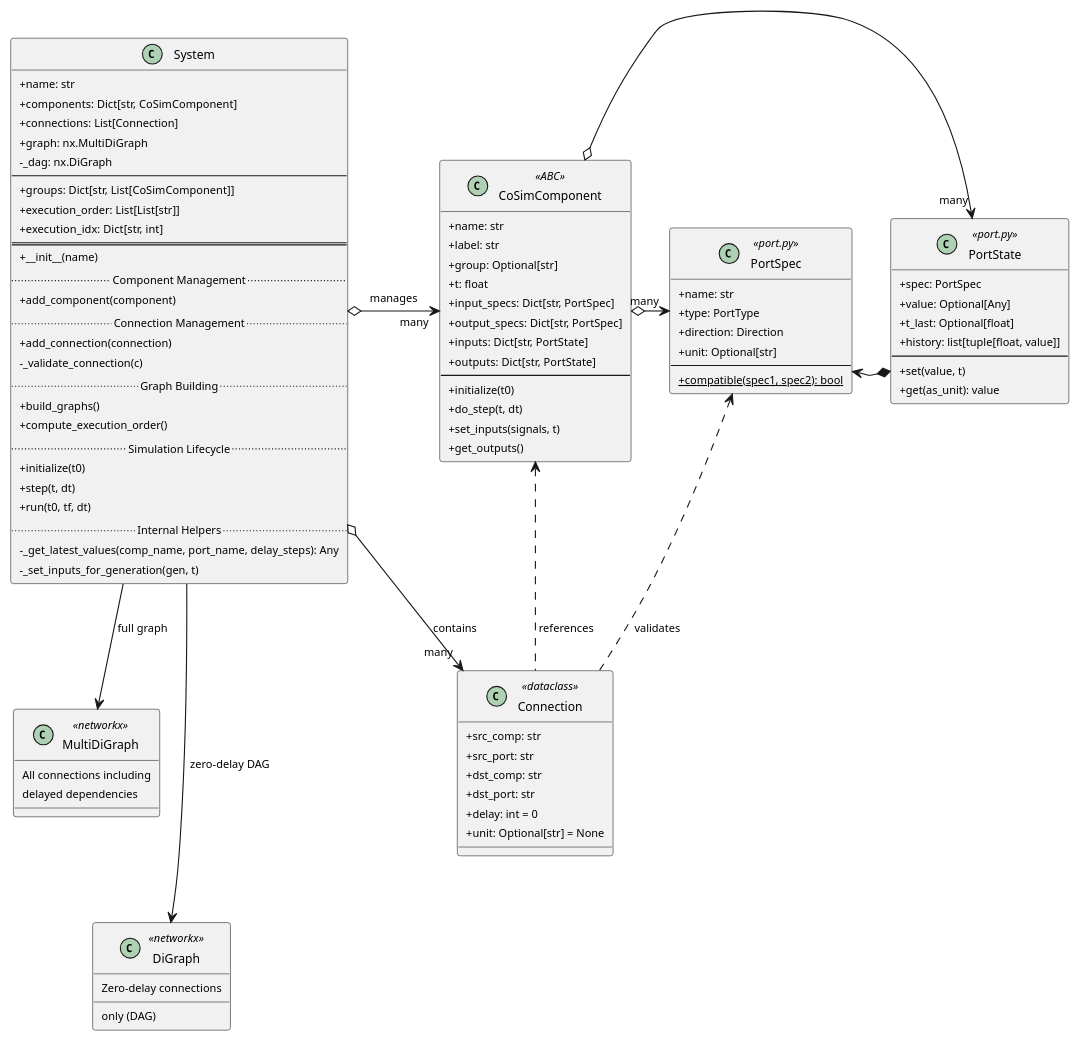
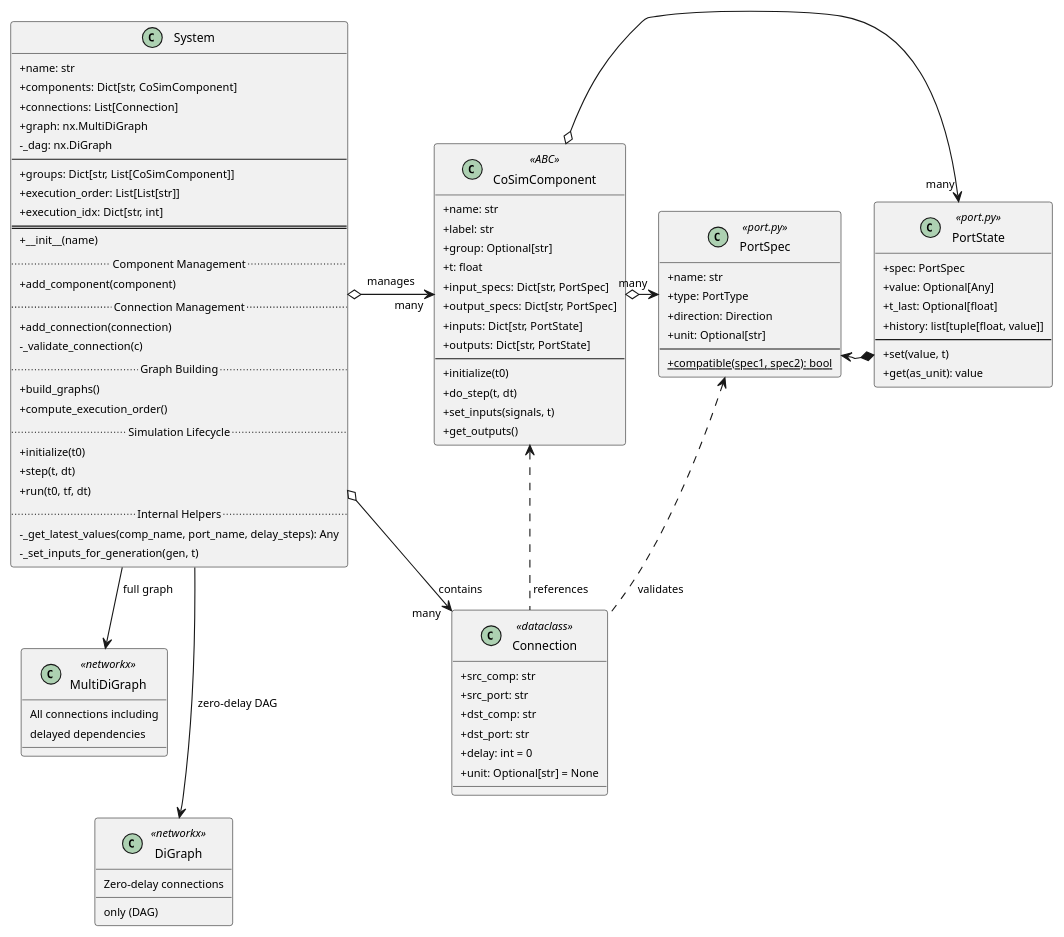
One commit to FlorianFrech/SystemSimulation changed the diagram in docs/diagrams/src/class/system/system.puml. Above: the diagram before and after it, drawn with PlantUML. The commit also changed 29 other files, not shown here.

Commit message:
Update Diagrams and Pendulum State Synchronization

```diff
--- a/docs/diagrams/src/class/system/system.puml
+++ b/docs/diagrams/src/class/system/system.puml
@@ -1,188 +1,200 @@
 @startuml System
+
+' ============================================================================
+' STYLING
+' ============================================================================
 
 skinparam classAttributeIconSize 0
 skinparam padding 2
 skinparam defaultFontSize 10
 skinparam classFontSize 11
+skinparam nodesep 30
+skinparam ranksep 20
+
+' Color scheme - clean white background
+skinparam backgroundColor white
+
+' Remove yellow/red default colors
+skinparam shadowing false
 
 ' ============================================================================
 ' SYSTEM CLASS
 ' ============================================================================
 
 class System {
     + name: str
     + components: Dict[str, CoSimComponent]
     + connections: List[Connection]
     + graph: nx.MultiDiGraph
     - _dag: nx.DiGraph
     --
     + groups: Dict[str, List[CoSimComponent]]
     + execution_order: List[List[str]]
     + execution_idx: Dict[str, int]
     ==
     + __init__(name)
     .. Component Management ..
     + add_component(component)
     .. Connection Management ..
     + add_connection(connection)
     - _validate_connection(c)
     .. Graph Building ..
     + build_graphs()
     + compute_execution_order()
     .. Simulation Lifecycle ..
     + initialize(t0)
     + step(t, dt)
     + run(t0, tf, dt)
     .. Internal Helpers ..
     - _get_latest_values(comp_name, port_name, delay_steps): Any
     - _set_inputs_for_generation(gen, t)
 }
 
 class Connection <<dataclass>> {
     + src_comp: str
     + src_port: str
     + dst_comp: str
     + dst_port: str
     + delay: int = 0
     + unit: Optional[str] = None
 }
 
 class CoSimComponent <<ABC>> {
     + name: str
     + label: str
     + group: Optional[str]
     + t: float
     + input_specs: Dict[str, PortSpec]
     + output_specs: Dict[str, PortSpec]
     + inputs: Dict[str, PortState]
     + outputs: Dict[str, PortState]
     --
     + initialize(t0)
     + do_step(t, dt)
     + set_inputs(signals, t)
     + get_outputs()
 }
 
 class PortSpec <<port.py>> {
     + name: str
     + type: PortType
     + direction: Direction
     + unit: Optional[str]
     --
     + {static} compatible(spec1, spec2): bool
 }
 
 class PortState <<port.py>> {
     + spec: PortSpec
     + value: Optional[Any]
     + t_last: Optional[float]
     + history: list[tuple[float, value]]
     --
     + set(value, t)
     + get(as_unit): value
 }
 
 class MultiDiGraph <<networkx>> {
     All connections including
     delayed dependencies
 }
 
 class DiGraph <<networkx>> {
     Zero-delay connections
     only (DAG)
 }
 
 ' Layout: System on left, related classes to the right
 System o-right-> "many" CoSimComponent : manages
 System o-right-> "many" Connection : contains
 System -down-> MultiDiGraph : full graph
 System -down-> DiGraph : zero-delay DAG
 
 CoSimComponent o-right-> "many" PortSpec
 CoSimComponent o-right-> "many" PortState
 PortState *-right-> PortSpec
 
 Connection .up.> CoSimComponent : references
 Connection .up.> PortSpec : validates
 
 ' Vertical arrangement
 MultiDiGraph -[hidden]down- DiGraph
 PortSpec -[hidden]down- PortState
 
 ' note right of System
 '     **Co-Simulation Orchestrator**
     
 '     Manages system of interconnected
 '     components with:
 '     - Component registry
 '     - Validated connections
 '     - Dependency graphs
 '     - Execution scheduling
     
 '     **Two Graphs:**
 '     - graph: All connections (Multi-DiGraph)
 '     - _dag: Zero-delay only (DiGraph)
 ' end note
 
 ' note bottom of System
 '     **Execution Algorithm:**
     
 '     1. **Build Graphs:**
 '        - Add nodes for all components
 '        - Add edges for all connections
 '        - Zero-delay edges -> DAG
 '        - Validate no cycles in DAG
     
 '     2. **Compute Order:**
 '        - Topological generations from DAG
 '        - Components in same generation
 '          can execute in parallel
     
 '     3. **Simulation Step:**
 '        Phase 1: Set inputs for all gens
 '        Phase 2: Do step for all gens
     
 '     **Delay Handling:**
 '     - delay=0: Use current value
 '     - delay>0: Use history buffer
 ' end note
 
 ' note top of Connection
 '     **Dataclass**
     
 '     Represents signal flow
 '     between component ports.
     
 '     delay=0: Direct dependency
 '     delay>0: Breaks algebraic loop
 ' end note
 
 ' note top of MultiDiGraph
 '     **NetworkX Graph**
     
 '     Full system topology with
 '     edge attributes:
 '     - src_port, dst_port
 '     - delay
 '     - unit
 ' end note
 
 ' note top of DiGraph
 '     **NetworkX DAG**
     
 '     Computational dependencies
 '     (zero-delay connections only).
     
 '     Used for:
 '     - Cycle detection
 '     - Execution order
 '     - Parallelization
 ' end note
 
 ' note right of CoSimComponent
 '     Components are grouped by
 '     optional 'group' attribute
 '     for organized management
 ' end note
 
 @enduml
```
